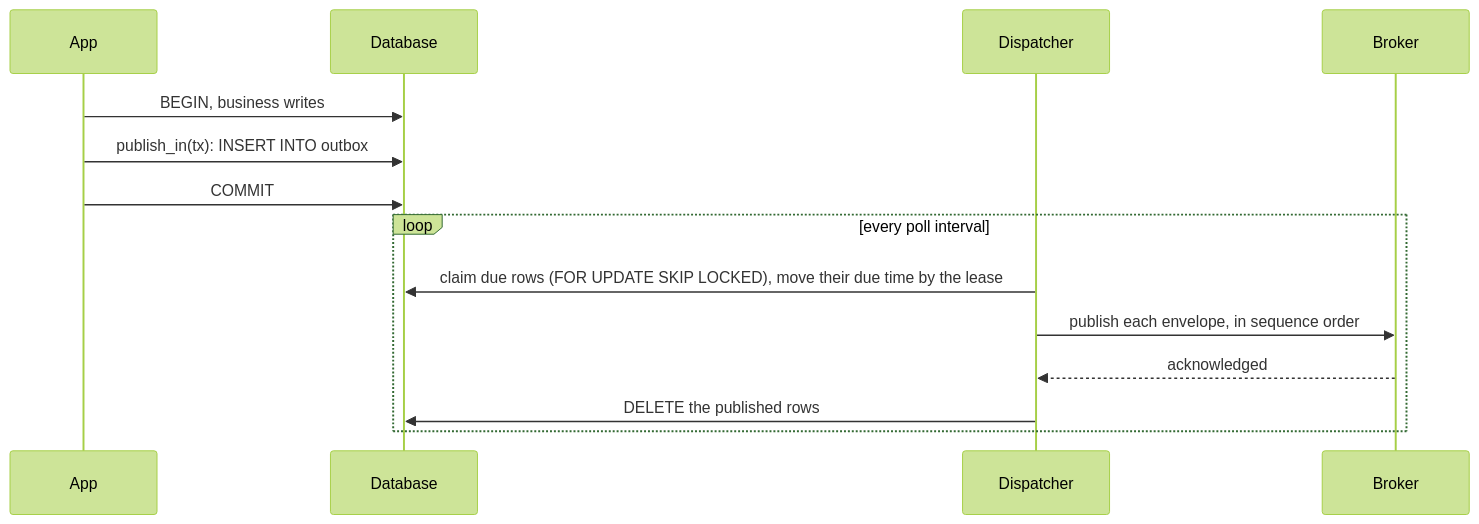
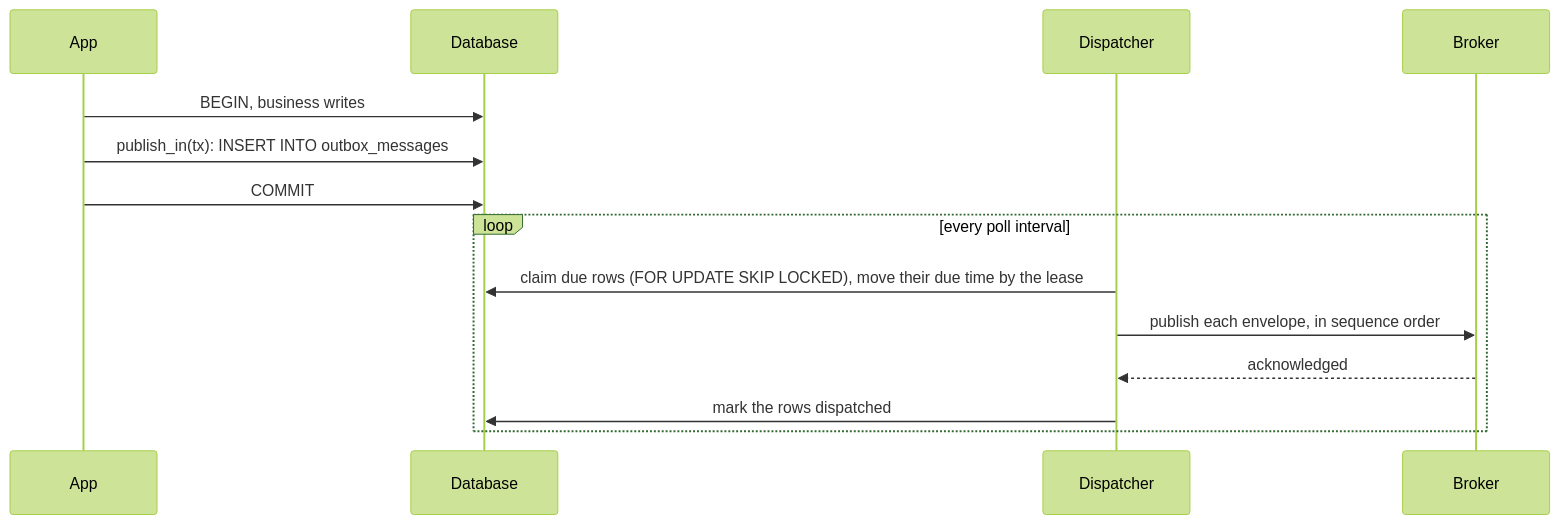
One commit to sisaio/sisa-messaging-rs changed the second of 5 diagrams in docs/02-flows.md. Above: the diagram before and after it, drawn with Mermaid (forest theme). The commit also changed other lines of this file and 1 other file, not shown here.

First line of the commit message:
docs: partition the outbox and inbox and never delete their rows

````diff
--- a/docs/02-flows.md
+++ b/docs/02-flows.md
@@ -24,16 +24,16 @@
 ```mermaid
 sequenceDiagram
     participant App
     participant DB as Database
     participant Dispatcher
     participant Broker
     App->>DB: BEGIN, business writes
-    App->>DB: publish_in(tx): INSERT INTO outbox
+    App->>DB: publish_in(tx): INSERT INTO outbox_messages
     App->>DB: COMMIT
     loop every poll interval
         Dispatcher->>DB: claim due rows (FOR UPDATE SKIP LOCKED), move their due time by the lease
         Dispatcher->>Broker: publish each envelope, in sequence order
         Broker-->>Dispatcher: acknowledged
-        Dispatcher->>DB: DELETE the published rows
+        Dispatcher->>DB: mark the rows dispatched
     end
 ```
````
